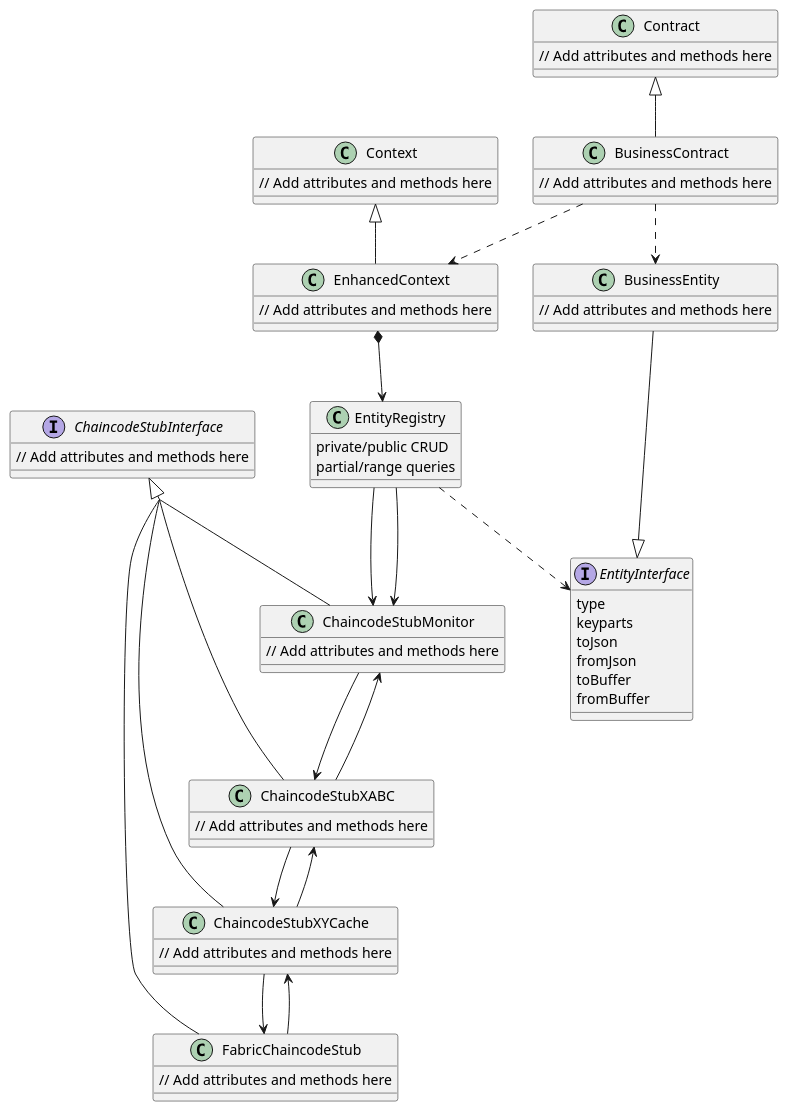
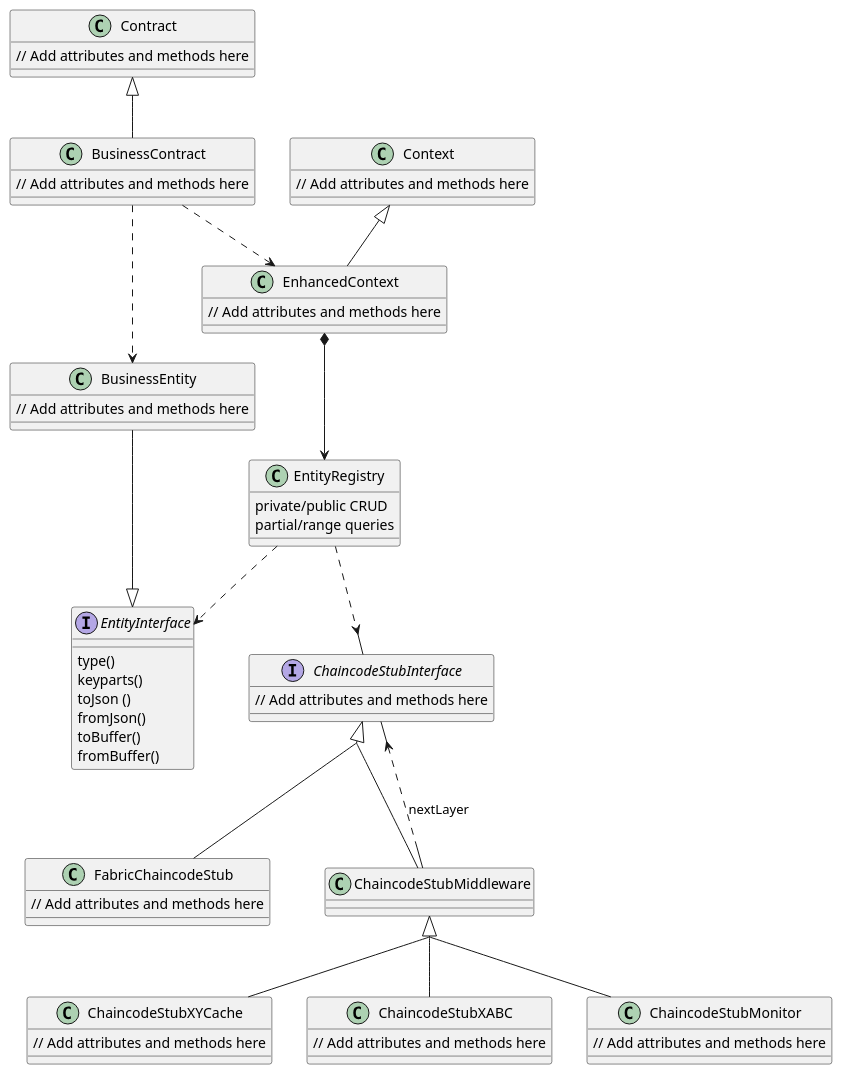
The diagram in smart-contract/hyperledger-fabric/v2/java/figures/class/class.puml (ftsrg/blockchain-benchmarks-tpcc), drawn with PlantUML before and after one commit. The commit also changed 2 other files, not shown here.

```diff
--- a/smart-contract/hyperledger-fabric/v2/java/figures/class/class.puml
+++ b/smart-contract/hyperledger-fabric/v2/java/figures/class/class.puml
@@ -1,89 +1,76 @@
 @startuml "Specificaton"
-
+skinparam groupInheritance 2
+Contract <|-- BusinessContract
 BusinessContract ..> EnhancedContext
+BusinessContract ..> BusinessEntity
 EnhancedContext *--> EntityRegistry
-EntityRegistry --> ChaincodeStubMonitor
-ChaincodeStubMonitor --> ChaincodeStubXABC
-ChaincodeStubMonitor <-- ChaincodeStubXABC
-
-ChaincodeStubXABC --> ChaincodeStubXYCache
-ChaincodeStubXABC <-- ChaincodeStubXYCache
-
-ChaincodeStubXYCache --> FabricChaincodeStub
-ChaincodeStubXYCache <-- FabricChaincodeStub
-
-BusinessContract ..> BusinessEntity
-
-Contract <|-- BusinessContract
-
+BusinessEntity --|> EntityInterface
+EntityRegistry ..> EntityInterface
 Context <|-- EnhancedContext
-BusinessEntity --|> EntityInterface
-
-EntityRegistry ..> EntityInterface
-EntityRegistry --> ChaincodeStubMonitor
-
-skinparam groupInheritance 2
-
+EntityRegistry ..> ChaincodeStubInterface
 
 ChaincodeStubInterface <|-- FabricChaincodeStub
-ChaincodeStubInterface <|-- ChaincodeStubXYCache
-ChaincodeStubInterface <|-- ChaincodeStubXABC
-ChaincodeStubInterface <|-- ChaincodeStubMonitor
+ChaincodeStubInterface <|-- ChaincodeStubMiddleware
 
+ChaincodeStubMiddleware ..> ChaincodeStubInterface:  nextLayer
+
+ChaincodeStubMiddleware <|-- ChaincodeStubXYCache
+ChaincodeStubMiddleware <|-- ChaincodeStubXABC
+ChaincodeStubMiddleware <|-- ChaincodeStubMonitor
 
 class BusinessContract {
   // Add attributes and methods here
 }
 
 class EnhancedContext {
   // Add attributes and methods here
 }
 
 class EntityRegistry {
   private/public CRUD
   partial/range queries
 }
 
 class ChaincodeStubMonitor {
   // Add attributes and methods here
 }
 
 class ChaincodeStubXABC {
   // Add attributes and methods here
 }
 
 class ChaincodeStubXYCache {
   // Add attributes and methods here
 }
 
 class FabricChaincodeStub {
   // Add attributes and methods here
 }
 
 class BusinessEntity {
   // Add attributes and methods here
 }
 
 class Contract {
   // Add attributes and methods here
 }
 
 class Context {
   // Add attributes and methods here
 }
 
 interface EntityInterface {
-  type
-  keyparts
-  toJson
-  fromJson
-  toBuffer
-  fromBuffer
+  type()
+  keyparts()
+  toJson ()
+  fromJson()
+  toBuffer()
+  fromBuffer()
 
 }
 
 interface ChaincodeStubInterface {
   // Add attributes and methods here
 }
 
 @enduml
```
